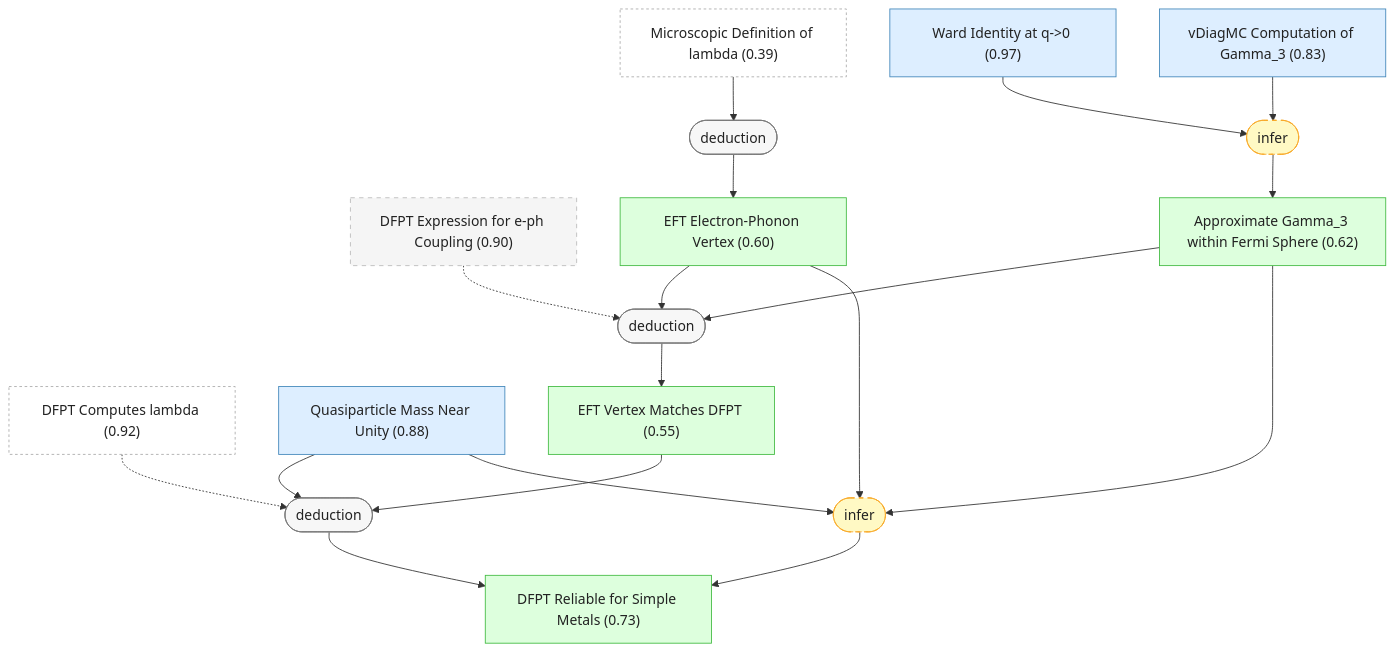
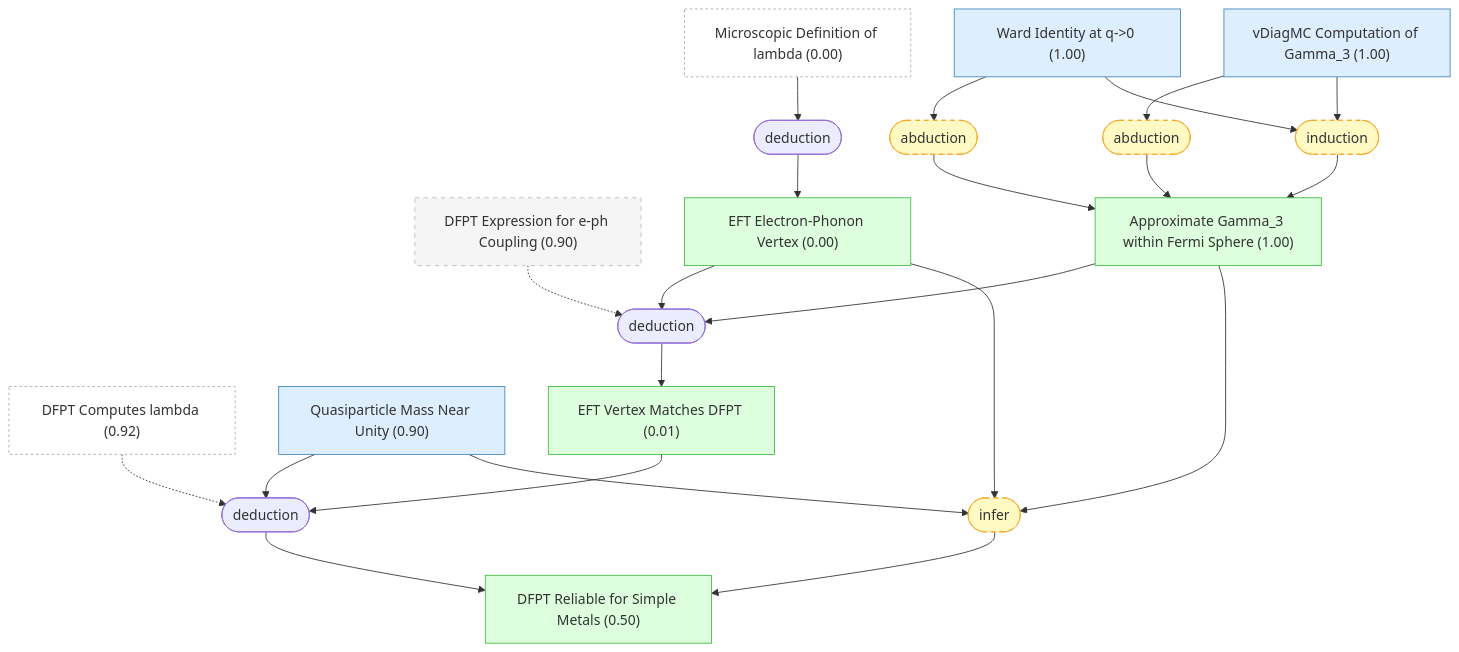
One commit to kunyuan/SuperconductivityElectronLiquids.gaia changed the fifth of 6 diagrams in README.md. Above: the diagram before and after it, drawn with Mermaid. The commit also changed other lines of this file, not shown here.

Commit message:
docs: regenerate README with induction strategy

````diff
--- a/README.md
+++ b/README.md
@@ -606,47 +598,51 @@
 ```mermaid
 graph TD
     dfpt_computes_lambda["DFPT Computes lambda (0.92)"]:::external
-    lambda_microscopic_definition["Microscopic Definition of lambda (0.39)"]:::external
-    ward_identity["Ward Identity at q->0 (0.97)"]:::premise
-    gamma3_vdiagmc["vDiagMC Computation of Gamma_3 (0.83)"]:::premise
+    lambda_microscopic_definition["Microscopic Definition of lambda (0.00)"]:::external
+    ward_identity["Ward Identity at q->0 (1.00)"]:::premise
+    gamma3_vdiagmc["vDiagMC Computation of Gamma_3 (1.00)"]:::premise
     dfpt_eph_ansatz["DFPT Expression for e-ph Coupling (0.90)"]:::background
-    quasiparticle_mass_near_unity["Quasiparticle Mass Near Unity (0.88)"]:::premise
-    eft_eph_vertex["EFT Electron-Phonon Vertex (0.60)"]:::derived
-    gamma3_approximation["Approximate Gamma_3 within Fermi Sphere (0.62)"]:::derived
-    eft_vertex_matches_dfpt["EFT Vertex Matches DFPT (0.55)"]:::derived
-    dfpt_reliable_for_simple_metals["DFPT Reliable for Simple Metals (0.73)"]:::derived
-    strat_12(["deduction"]):::strategy
+    quasiparticle_mass_near_unity["Quasiparticle Mass Near Unity (0.90)"]:::premise
+    eft_eph_vertex["EFT Electron-Phonon Vertex (0.00)"]:::derived
+    gamma3_approximation["Approximate Gamma_3 within Fermi Sphere (1.00)"]:::derived
+    eft_vertex_matches_dfpt["EFT Vertex Matches DFPT (0.01)"]:::derived
+    dfpt_reliable_for_simple_metals["DFPT Reliable for Simple Metals (0.50)"]:::derived
+    strat_12(["deduction"])
     lambda_microscopic_definition --> strat_12
     strat_12 --> eft_eph_vertex
-    strat_13(["infer"]):::weak
+    strat_13(["abduction"]):::weak
     ward_identity --> strat_13
-    gamma3_vdiagmc --> strat_13
     strat_13 --> gamma3_approximation
-    strat_14(["deduction"]):::strategy
-    eft_eph_vertex --> strat_14
-    gamma3_approximation --> strat_14
-    dfpt_eph_ansatz -.-> strat_14
-    strat_14 --> eft_vertex_matches_dfpt
-    strat_15(["deduction"]):::strategy
-    eft_vertex_matches_dfpt --> strat_15
-    quasiparticle_mass_near_unity --> strat_15
-    dfpt_computes_lambda -.-> strat_15
-    strat_15 --> dfpt_reliable_for_simple_metals
-    strat_16(["infer"]):::weak
+    strat_14(["abduction"]):::weak
+    gamma3_vdiagmc --> strat_14
+    strat_14 --> gamma3_approximation
+    strat_15(["induction"]):::weak
+    ward_identity --> strat_15
+    gamma3_vdiagmc --> strat_15
+    strat_15 --> gamma3_approximation
+    strat_16(["deduction"])
     eft_eph_vertex --> strat_16
     gamma3_approximation --> strat_16
-    quasiparticle_mass_near_unity --> strat_16
-    strat_16 --> dfpt_reliable_for_simple_metals
+    dfpt_eph_ansatz -.-> strat_16
+    strat_16 --> eft_vertex_matches_dfpt
+    strat_17(["deduction"])
+    eft_vertex_matches_dfpt --> strat_17
+    quasiparticle_mass_near_unity --> strat_17
+    dfpt_computes_lambda -.-> strat_17
+    strat_17 --> dfpt_reliable_for_simple_metals
+    strat_18(["infer"]):::weak
+    eft_eph_vertex --> strat_18
+    gamma3_approximation --> strat_18
+    quasiparticle_mass_near_unity --> strat_18
+    strat_18 --> dfpt_reliable_for_simple_metals
 
-    classDef setting fill:#f0f0f0,stroke:#999,color:#222
-    classDef premise fill:#ddeeff,stroke:#4488bb,color:#222
-    classDef derived fill:#ddffdd,stroke:#44bb44,color:#222
-    classDef question fill:#fff3dd,stroke:#cc9944,color:#222
-    classDef background fill:#f5f5f5,stroke:#bbb,stroke-dasharray: 5 5,color:#222
-    classDef orphan fill:#fff,stroke:#ccc,stroke-dasharray: 5 5,color:#222
-    classDef external fill:#fff,stroke:#aaa,stroke-dasharray: 3 3,color:#222
-    classDef strategy fill:#f7f7f7,stroke:#777,color:#222
-    classDef operator fill:#f7f7f7,stroke:#777,color:#222
-    classDef weak fill:#fff9c4,stroke:#f9a825,stroke-dasharray: 5 5,color:#222
-    classDef contra fill:#ffebee,stroke:#c62828,color:#222
+    classDef setting fill:#f0f0f0,stroke:#999,color:#333
+    classDef premise fill:#ddeeff,stroke:#4488bb,color:#333
+    classDef derived fill:#ddffdd,stroke:#44bb44,color:#333
+    classDef question fill:#fff3dd,stroke:#cc9944,color:#333
+    classDef background fill:#f5f5f5,stroke:#bbb,stroke-dasharray: 5 5,color:#333
+    classDef orphan fill:#fff,stroke:#ccc,stroke-dasharray: 5 5,color:#333
+    classDef external fill:#fff,stroke:#aaa,stroke-dasharray: 3 3,color:#333
+    classDef weak fill:#fff9c4,stroke:#f9a825,stroke-dasharray: 5 5,color:#333
+    classDef contra fill:#ffebee,stroke:#c62828,color:#333
 ```
````
